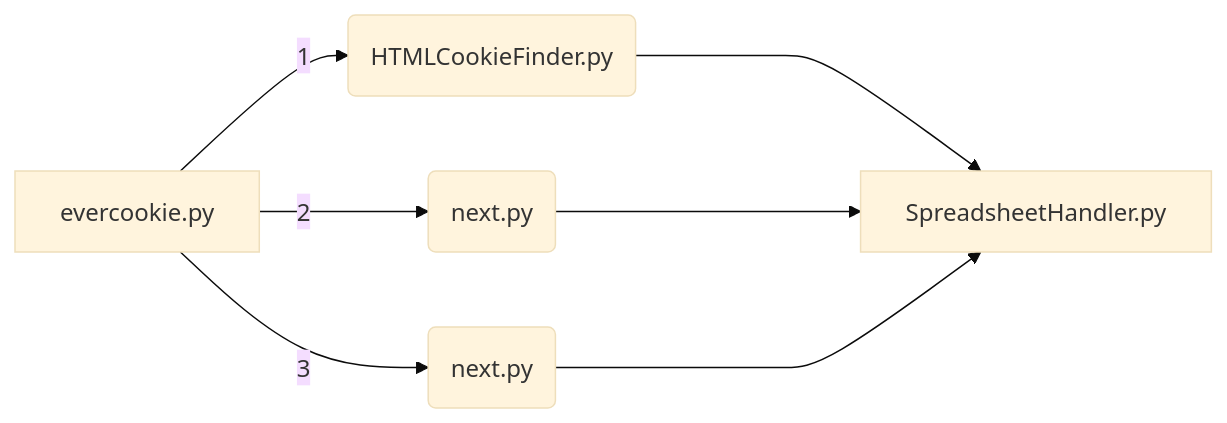
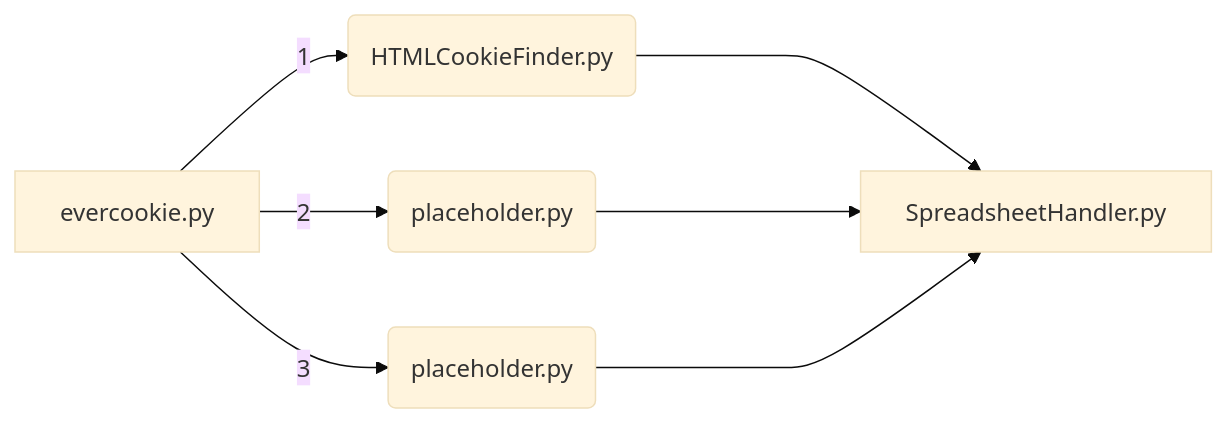
Before and after one commit to southwickIO/equable-destruction: the diagram in README.md, drawn with Mermaid (base theme). The commit also changed other lines of this file, not shown here.

````diff
--- a/README.md
+++ b/README.md
@@ -10,10 +14,10 @@
 ```mermaid
 graph LR
 A[evercookie.py] -- 1 --> B(HTMLCookieFinder.py)
 A[evercookie.py] -- 2--> C(next.py)
 A[evercookie.py] -- 3--> D(next.py)
 
 B(HTMLCookieFinder.py) ----> E[SpreadsheetHandler.py]
-C(next.py) ----> E[SpreadsheetHandler.py]
-D(next.py) ----> E[SpreadsheetHandler.py]
+C(placeholder.py) ----> E[SpreadsheetHandler.py]
+D(placeholder.py) ----> E[SpreadsheetHandler.py]
 ```
````
